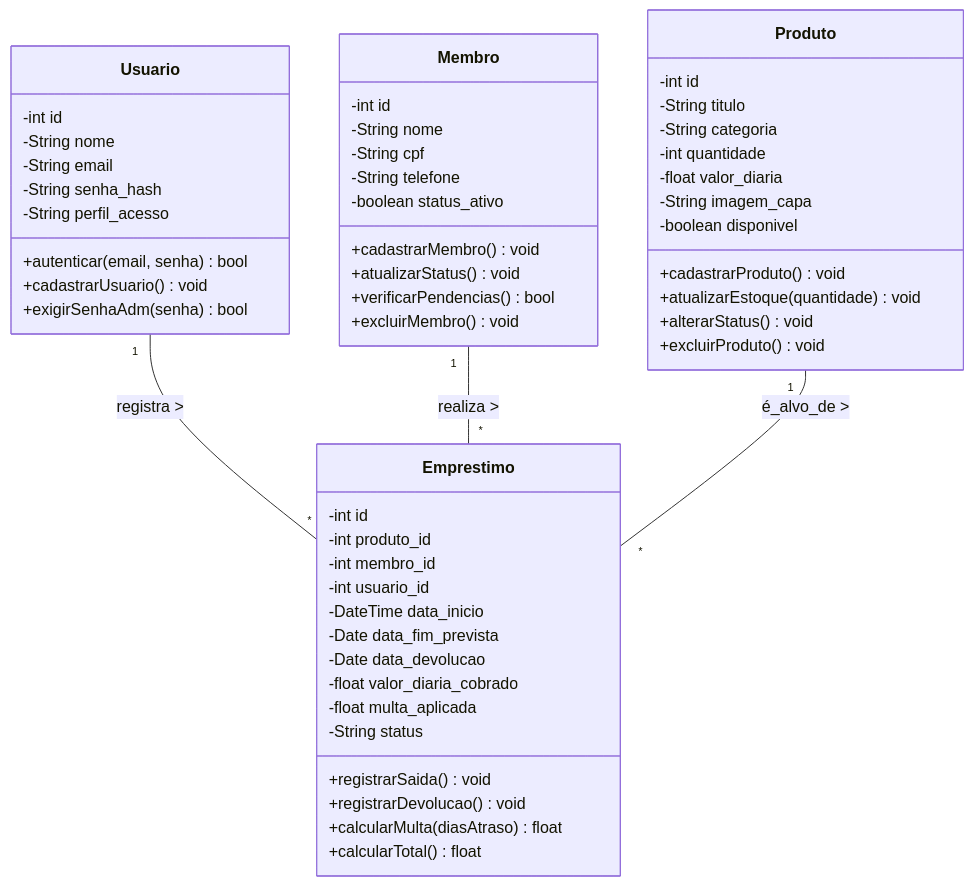
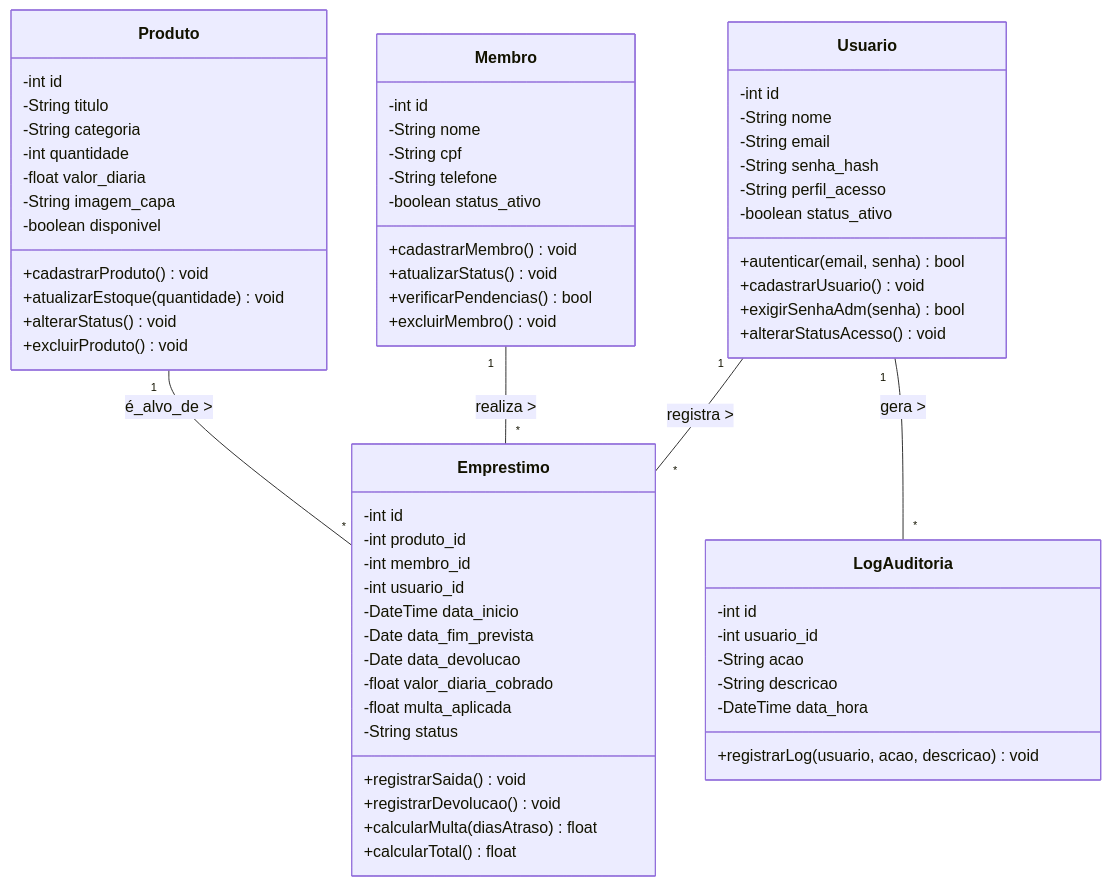
Before and after one commit to inumaki-david/Geek-Hub: the third of 4 diagrams in README.md, drawn with Mermaid. The commit also changed other lines of this file, not shown here.

````diff
--- a/README.md
+++ b/README.md
@@ -307,66 +426,79 @@
 ```mermaid
 classDiagram
     %% Relações entre as Classes (Multiplicidade)
     Usuario "1" -- "*" Emprestimo : registra >
     Membro "1" -- "*" Emprestimo : realiza >
     Produto "1" -- "*" Emprestimo : é_alvo_de >
+    Usuario "1" -- "*" LogAuditoria : gera >
 
     %% Classe Usuario
     class Usuario {
         -int id
         -String nome
         -String email
         -String senha_hash
         -String perfil_acesso
+        -boolean status_ativo
         +autenticar(email, senha) bool
         +cadastrarUsuario() void
         +exigirSenhaAdm(senha) bool
+        +alterarStatusAcesso() void
     }
 
     %% Classe Membro
     class Membro {
         -int id
         -String nome
         -String cpf
         -String telefone
         -boolean status_ativo
         +cadastrarMembro() void
         +atualizarStatus() void
         +verificarPendencias() bool
         +excluirMembro() void
     }
 
     %% Classe Produto
     class Produto {
         -int id
         -String titulo
         -String categoria
         -int quantidade
         -float valor_diaria
         -String imagem_capa
         -boolean disponivel
         +cadastrarProduto() void
         +atualizarEstoque(quantidade) void
         +alterarStatus() void
         +excluirProduto() void
     }
 
-    %% Classe Emprestimo (Classe Associativa/Transacional)
+    %% Classe Emprestimo 
     class Emprestimo {
         -int id
         -int produto_id
         -int membro_id
         -int usuario_id
         -DateTime data_inicio
         -Date data_fim_prevista
         -Date data_devolucao
         -float valor_diaria_cobrado
         -float multa_aplicada
         -String status
         +registrarSaida() void
         +registrarDevolucao() void
         +calcularMulta(diasAtraso) float
         +calcularTotal() float
     }
 
+    %% Classe LogAuditoria
+    class LogAuditoria {
+        -int id
+        -int usuario_id
+        -String acao
+        -String descricao
+        -DateTime data_hora
+        +registrarLog(usuario, acao, descricao) void
+    }
+
 ```
````
